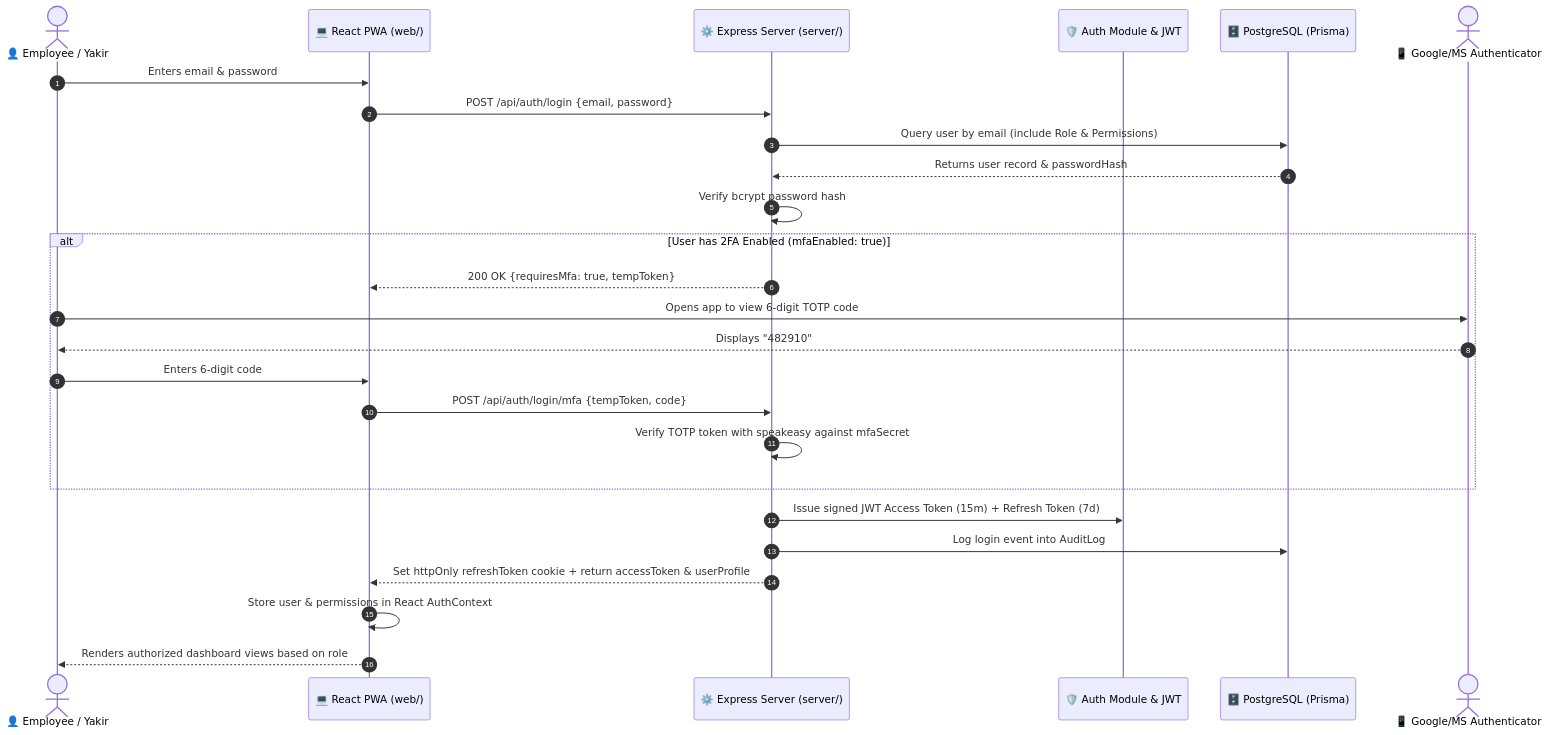
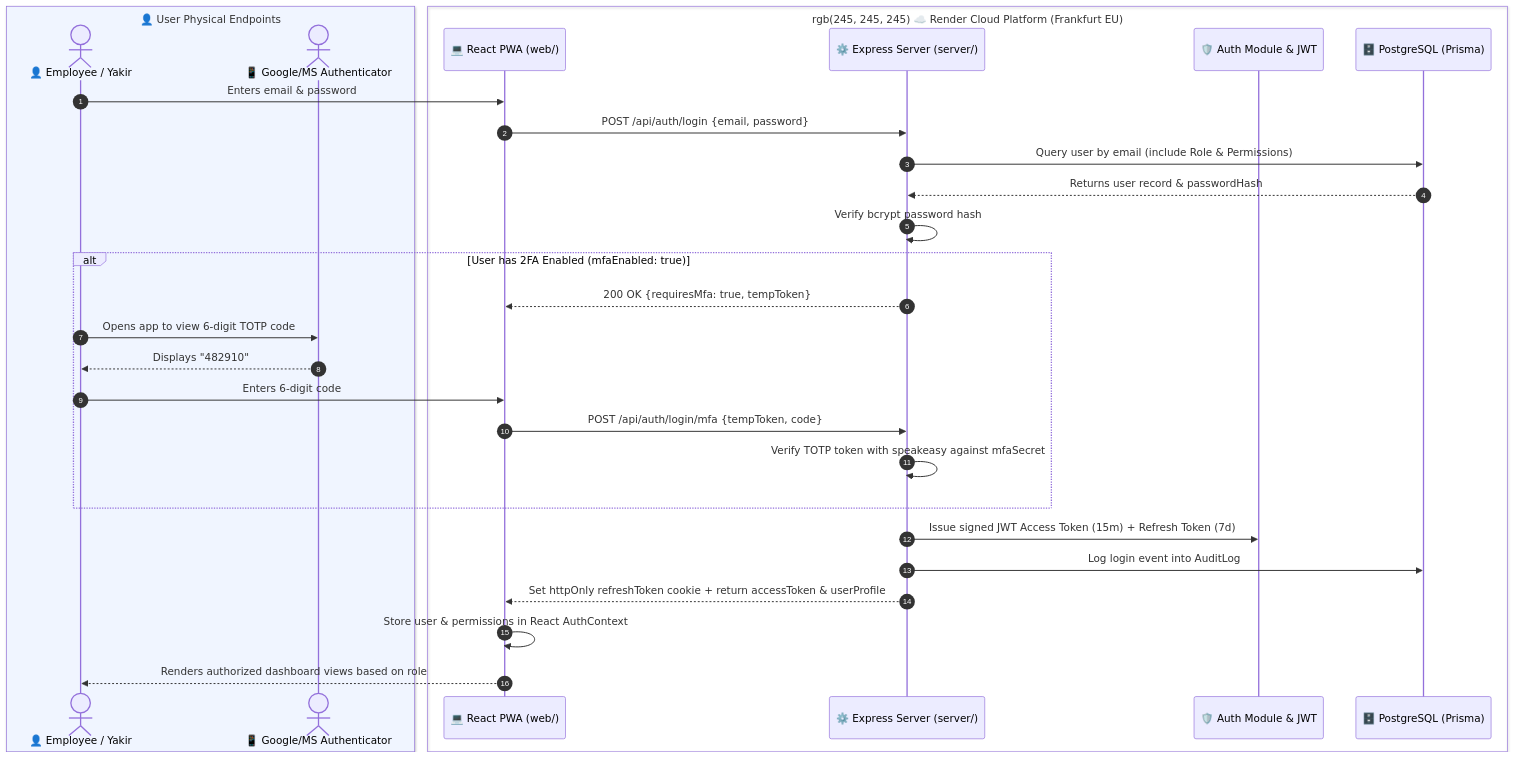
The second of 7 diagrams in docs/etaniv.md (Arisamin/YakirErpAssistant), drawn with Mermaid before and after one commit. The commit also changed other lines of this file, not shown here.

Commit message:
docs: add Mermaid box grouping by physical affinity to all 6 sequence diagrams in etaniv.md

````diff
--- a/docs/etaniv.md
+++ b/docs/etaniv.md
@@ -141,31 +141,37 @@
 ```mermaid
 sequenceDiagram
     autonumber
-    actor User as 👤 Employee / Yakir
-    participant Web as 💻 React PWA (web/)
-    participant API as ⚙️ Express Server (server/)
-    participant Auth as 🛡️ Auth Module & JWT
-    participant DB as 🗄️ PostgreSQL (Prisma)
-    actor Authenticator as 📱 Google/MS Authenticator
+    
+    box rgb(240, 245, 255) 👤 User Physical Endpoints
+        actor User as 👤 Employee / Yakir
+        actor Authenticator as 📱 Google/MS Authenticator
+    end
+
+    box rgb(245, 245, 245) ☁️ Render Cloud Platform (Frankfurt EU)
+        participant Web as 💻 React PWA (web/)
+        participant API as ⚙️ Express Server (server/)
+        participant Auth as 🛡️ Auth Module & JWT
+        participant DB as 🗄️ PostgreSQL (Prisma)
+    end
 
     User->>Web: Enters email & password
     Web->>API: POST /api/auth/login {email, password}
     API->>DB: Query user by email (include Role & Permissions)
     DB-->>API: Returns user record & passwordHash
     API->>API: Verify bcrypt password hash
 
     alt User has 2FA Enabled (mfaEnabled: true)
         API-->>Web: 200 OK {requiresMfa: true, tempToken}
         User->>Authenticator: Opens app to view 6-digit TOTP code
         Authenticator-->>User: Displays "482910"
         User->>Web: Enters 6-digit code
         Web->>API: POST /api/auth/login/mfa {tempToken, code}
         API->>API: Verify TOTP token with speakeasy against mfaSecret
     end
 
     API->>Auth: Issue signed JWT Access Token (15m) + Refresh Token (7d)
     API->>DB: Log login event into AuditLog
     API-->>Web: Set httpOnly refreshToken cookie + return accessToken & userProfile
     Web->>Web: Store user & permissions in React AuthContext
     Web-->>User: Renders authorized dashboard views based on role
 ```
````
